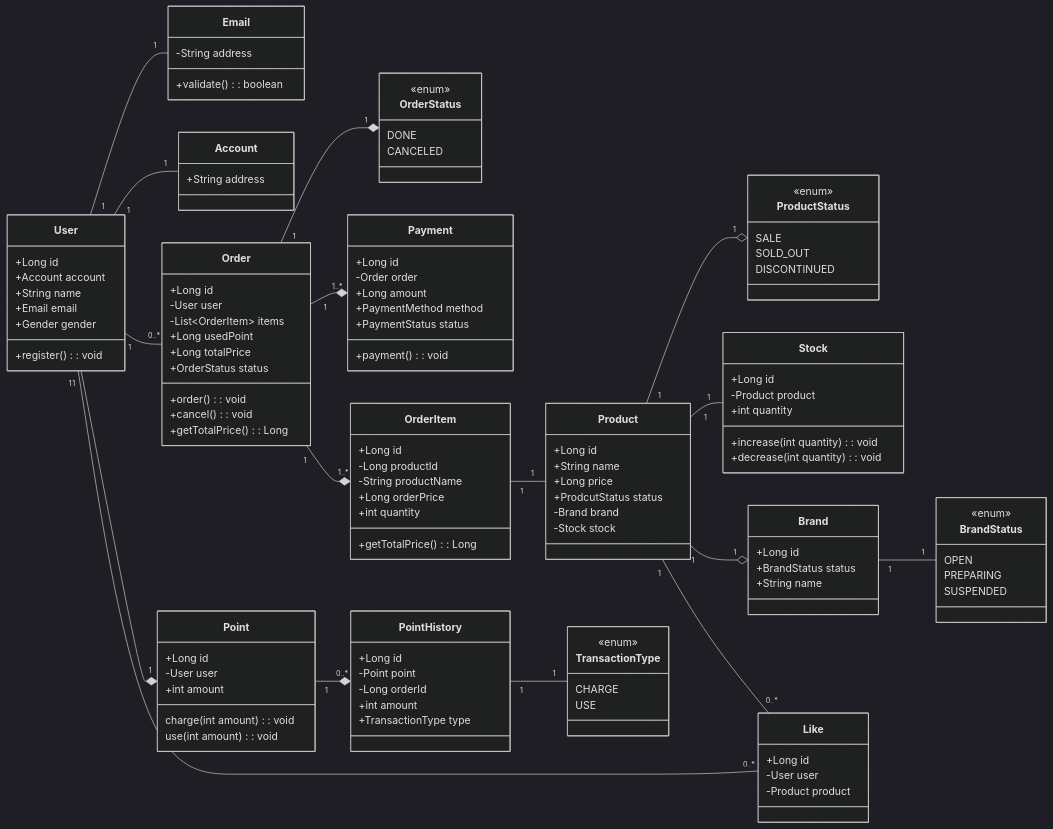
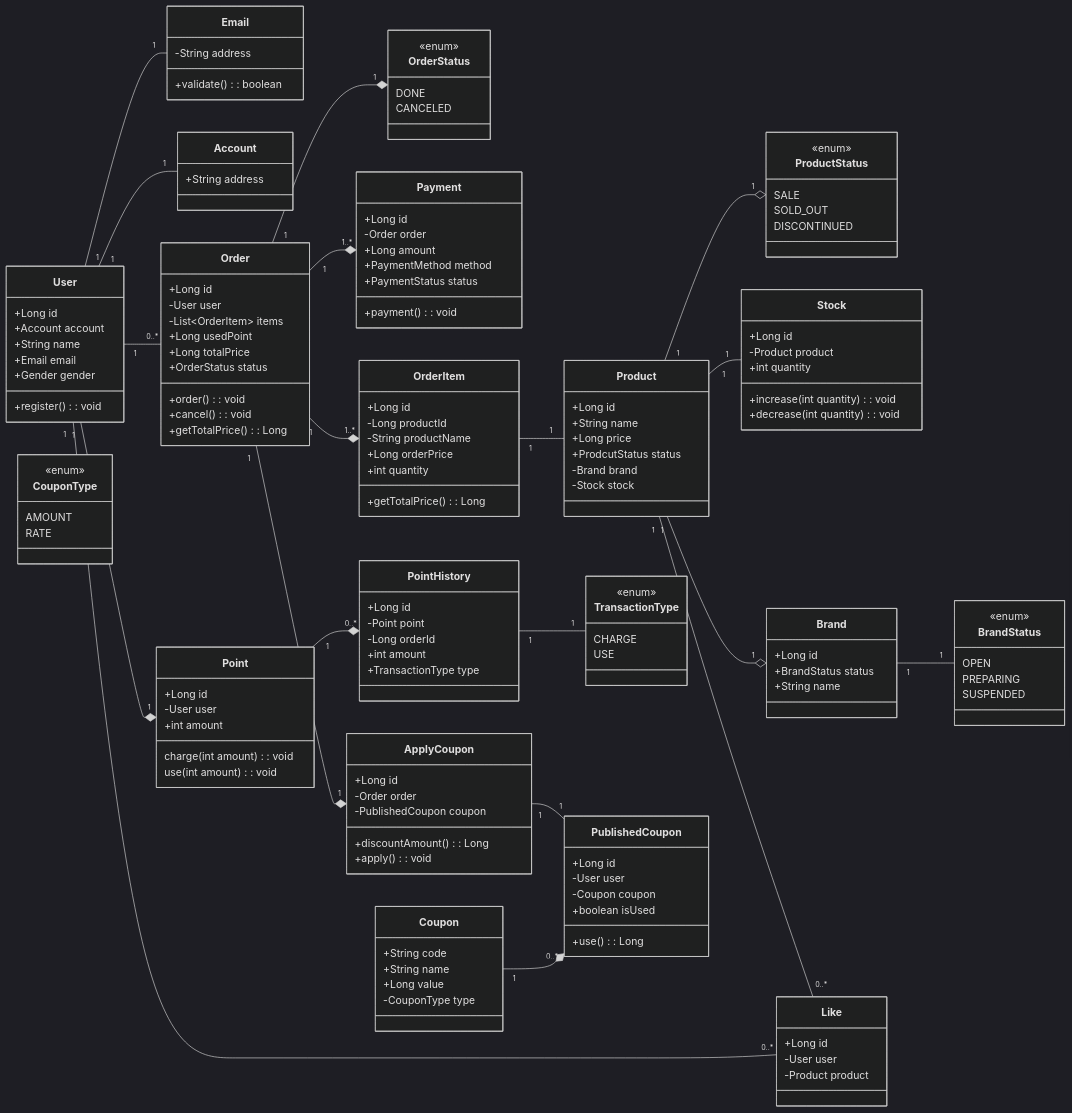
One commit to moonjin-kim/door-commerce changed the diagram in docs/design/03-class-diagrams.md. Above: the diagram before and after it, drawn with Mermaid (dark theme). The commit also changed 2 other files, not shown here.

Commit message:
doc: 설계서에 쿠폰 추가

````diff
--- a/docs/design/03-class-diagrams.md
+++ b/docs/design/03-class-diagrams.md
@@ -92,6 +92,13 @@
         +int quantity
         +getTotalPrice(): Long
     }
+    class ApplyCoupon {
+        +Long id
+        -Order order
+        -PublishedCoupon coupon
+        +discountAmount(): Long
+        +apply(): void
+    }
     
     class Point {
         +Long id
@@ -113,6 +120,24 @@
         CHARGE
         USE
     }
+    class Coupon {
+        +String code
+        +String name
+        +Long value
+        -CouponType type
+    }
+    class PublishedCoupon {
+        +Long id
+        -User user
+        -Coupon coupon
+        +boolean isUsed
+        +use(): Long
+    }
+    class CouponType {
+        <<enum>>
+        AMOUNT
+        RATE
+    }
 User "1" --* "1" Point
 User "1" -- "0..*" Order
 User "1" -- "0..*" Like
@@ -132,7 +157,12 @@
 Order "1" --* "1..*" OrderItem
 Order "1" --* "1..*" Payment
 Order "1" --* "1" OrderStatus
+Order "1" --* "1" ApplyCoupon
 
 OrderItem "1" -- "1" Product
 
+Coupon "1" --* "0..*" PublishedCoupon
+ApplyCoupon "1" -- "1" PublishedCoupon
+
+
 ```
````
